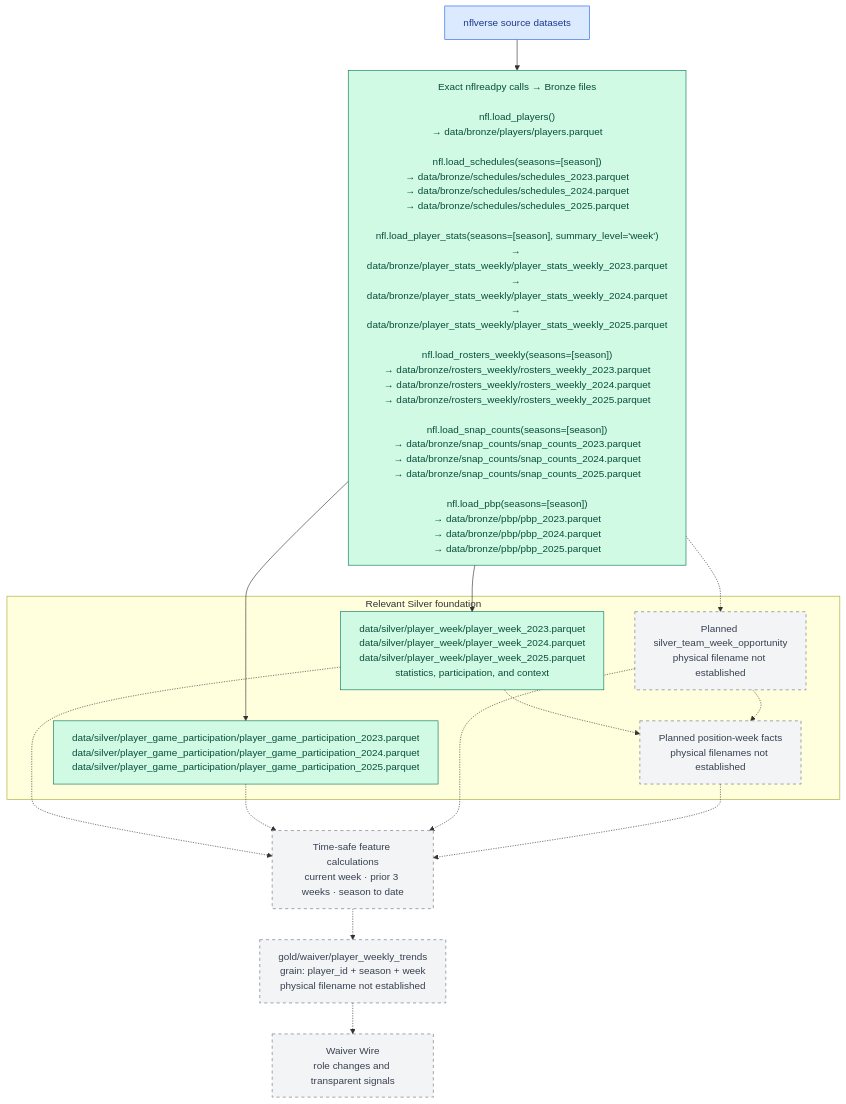
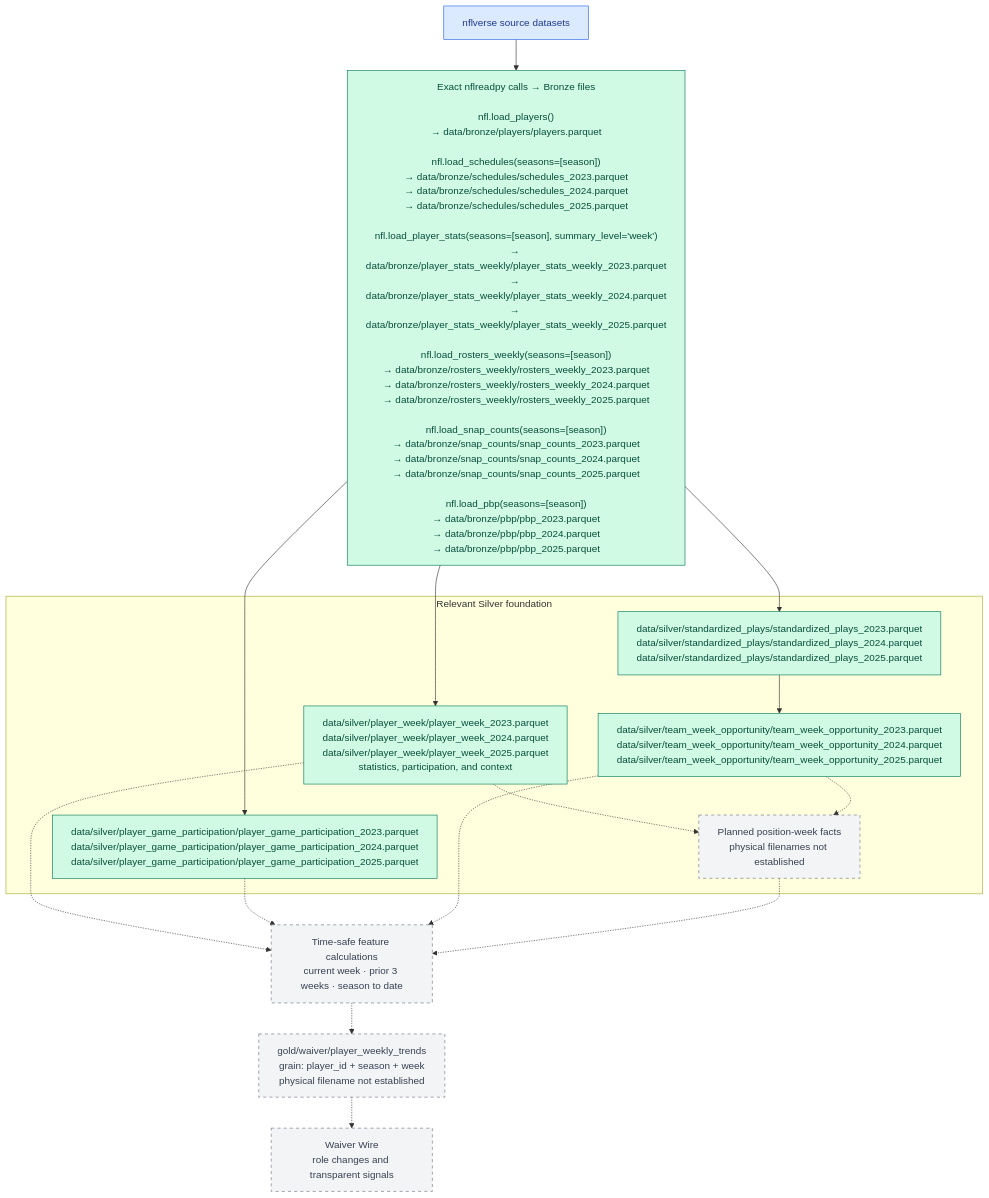
The third of 4 diagrams in docs/data-lineage-by-gold-product.md (ddarby15/nfl-dream-lab-app), drawn with Mermaid before and after one commit. The commit also changed other lines of this file and 2 other files, not shown here.

Commit message:
create silver plays and team week opportunities notebook

````diff
--- a/docs/data-lineage-by-gold-product.md
+++ b/docs/data-lineage-by-gold-product.md
@@ -104,36 +107,37 @@
 ```mermaid
 flowchart TB
     SOURCE["nflverse source datasets"]
     B_FILES["Exact nflreadpy calls → Bronze files<br/><br/>nfl.load_players()<br/>→ data/bronze/players/players.parquet<br/><br/>nfl.load_schedules(seasons=[season])<br/>→ data/bronze/schedules/schedules_2023.parquet<br/>→ data/bronze/schedules/schedules_2024.parquet<br/>→ data/bronze/schedules/schedules_2025.parquet<br/><br/>nfl.load_player_stats(seasons=[season], summary_level='week')<br/>→ data/bronze/player_stats_weekly/player_stats_weekly_2023.parquet<br/>→ data/bronze/player_stats_weekly/player_stats_weekly_2024.parquet<br/>→ data/bronze/player_stats_weekly/player_stats_weekly_2025.parquet<br/><br/>nfl.load_rosters_weekly(seasons=[season])<br/>→ data/bronze/rosters_weekly/rosters_weekly_2023.parquet<br/>→ data/bronze/rosters_weekly/rosters_weekly_2024.parquet<br/>→ data/bronze/rosters_weekly/rosters_weekly_2025.parquet<br/><br/>nfl.load_snap_counts(seasons=[season])<br/>→ data/bronze/snap_counts/snap_counts_2023.parquet<br/>→ data/bronze/snap_counts/snap_counts_2024.parquet<br/>→ data/bronze/snap_counts/snap_counts_2025.parquet<br/><br/>nfl.load_pbp(seasons=[season])<br/>→ data/bronze/pbp/pbp_2023.parquet<br/>→ data/bronze/pbp/pbp_2024.parquet<br/>→ data/bronze/pbp/pbp_2025.parquet"]
 
     subgraph Silver["Relevant Silver foundation"]
         S_WEEK["data/silver/player_week/player_week_2023.parquet<br/>data/silver/player_week/player_week_2024.parquet<br/>data/silver/player_week/player_week_2025.parquet<br/>statistics, participation, and context"]
         S_GAME["data/silver/player_game_participation/player_game_participation_2023.parquet<br/>data/silver/player_game_participation/player_game_participation_2024.parquet<br/>data/silver/player_game_participation/player_game_participation_2025.parquet"]
-        S_TEAM["Planned silver_team_week_opportunity<br/>physical filename not established"]
+        S_PLAYS["data/silver/standardized_plays/standardized_plays_2023.parquet<br/>data/silver/standardized_plays/standardized_plays_2024.parquet<br/>data/silver/standardized_plays/standardized_plays_2025.parquet"]
+        S_TEAM["data/silver/team_week_opportunity/team_week_opportunity_2023.parquet<br/>data/silver/team_week_opportunity/team_week_opportunity_2024.parquet<br/>data/silver/team_week_opportunity/team_week_opportunity_2025.parquet"]
         S_POSITION["Planned position-week facts<br/>physical filenames not established"]
     end
 
     TRENDS["Time-safe feature calculations<br/>current week · prior 3 weeks · season to date"]
     G_WAIVER["gold/waiver/player_weekly_trends<br/>grain: player_id + season + week<br/>physical filename not established"]
     WAIVER["Waiver Wire<br/>role changes and transparent signals"]
 
     SOURCE --> B_FILES
     B_FILES --> S_WEEK
     B_FILES --> S_GAME
-    B_FILES -.-> S_TEAM
+    B_FILES --> S_PLAYS --> S_TEAM
     S_WEEK -.-> S_POSITION
     S_TEAM -.-> S_POSITION
     S_WEEK -.-> TRENDS
     S_GAME -.-> TRENDS
     S_TEAM -.-> TRENDS
     S_POSITION -.-> TRENDS
     TRENDS -.-> G_WAIVER -.-> WAIVER
 
     classDef source fill:#dbeafe,stroke:#2563eb,color:#1e3a8a;
     classDef built fill:#d1fae5,stroke:#047857,color:#064e3b;
     classDef planned fill:#f3f4f6,stroke:#6b7280,color:#374151,stroke-dasharray:5 5;
 
     class SOURCE source;
-    class B_FILES,S_WEEK,S_GAME built;
-    class S_TEAM,S_POSITION,TRENDS,G_WAIVER,WAIVER planned;
+    class B_FILES,S_WEEK,S_GAME,S_PLAYS,S_TEAM built;
+    class S_POSITION,TRENDS,G_WAIVER,WAIVER planned;
 ```
````
